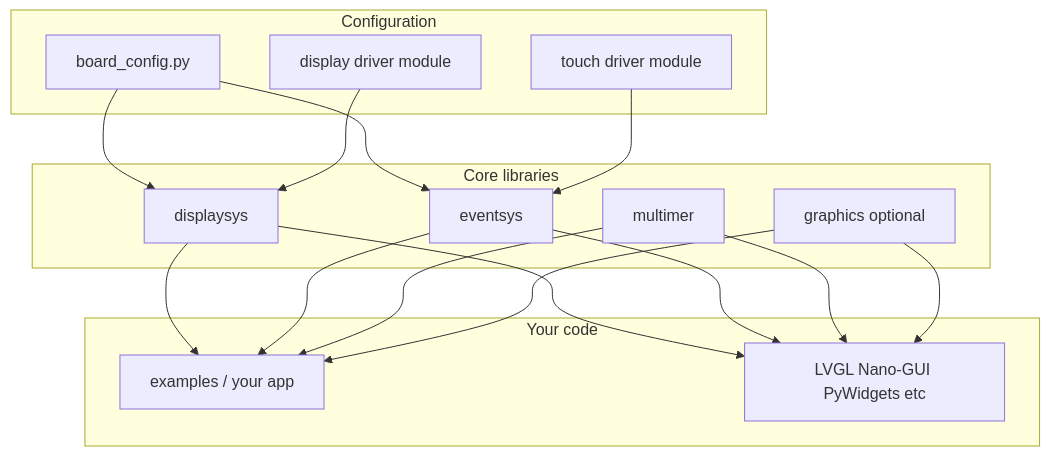
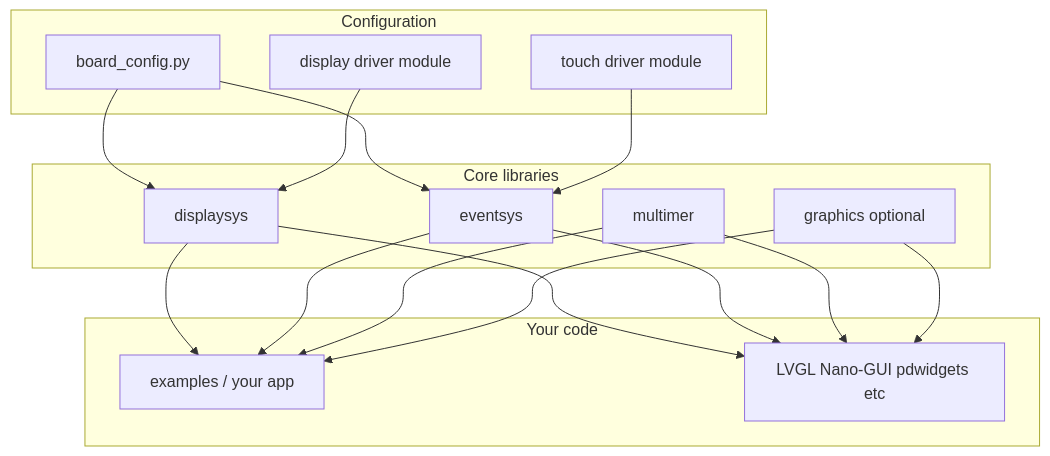
The diagram in docs/concepts/architecture.md (PyDevices/pydisplay), drawn with Mermaid before and after one commit. The commit also changed 13 other files, not shown here.

````diff
--- a/docs/concepts/architecture.md
+++ b/docs/concepts/architecture.md
@@ -7,30 +7,30 @@
 ```mermaid
 flowchart TB
   subgraph config [Configuration]
     BC[board_config.py]
     DD[display driver module]
     TD[touch driver module]
   end
   subgraph core [Core libraries]
     DS[displaysys]
     ES[eventsys]
     GR[graphics optional]
     MT[multimer]
   end
   subgraph app [Your code]
     EX[examples / your app]
-    GUI[LVGL Nano-GUI PyWidgets etc]
+    GUI[LVGL Nano-GUI pdwidgets etc]
   end
   BC --> DS
   BC --> ES
   DD --> DS
   TD --> ES
   DS --> EX
   ES --> EX
   MT --> EX
   DS --> GUI
   ES --> GUI
   MT --> GUI
   GR --> EX
   GR --> GUI
 ```
````
